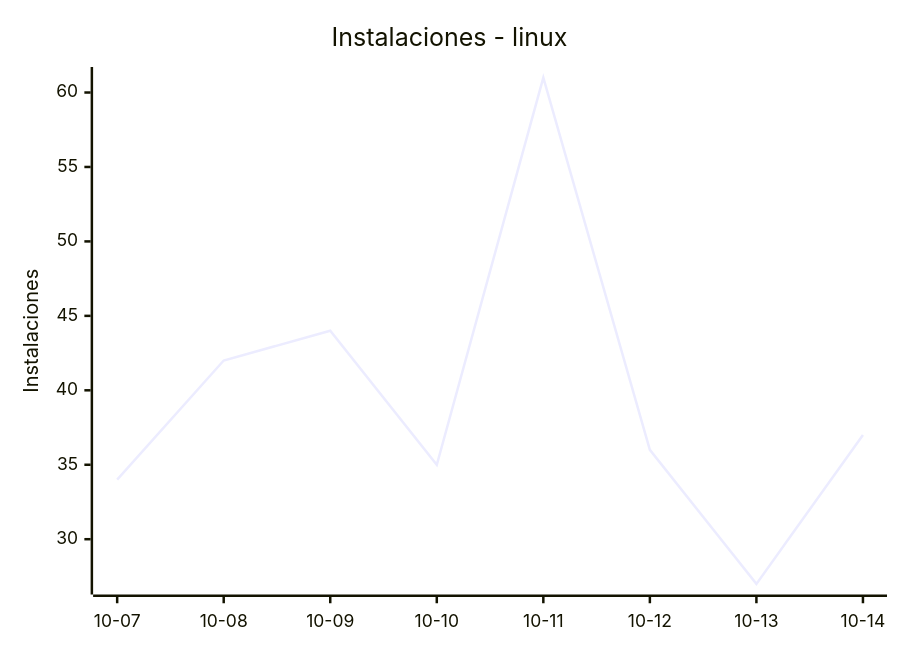
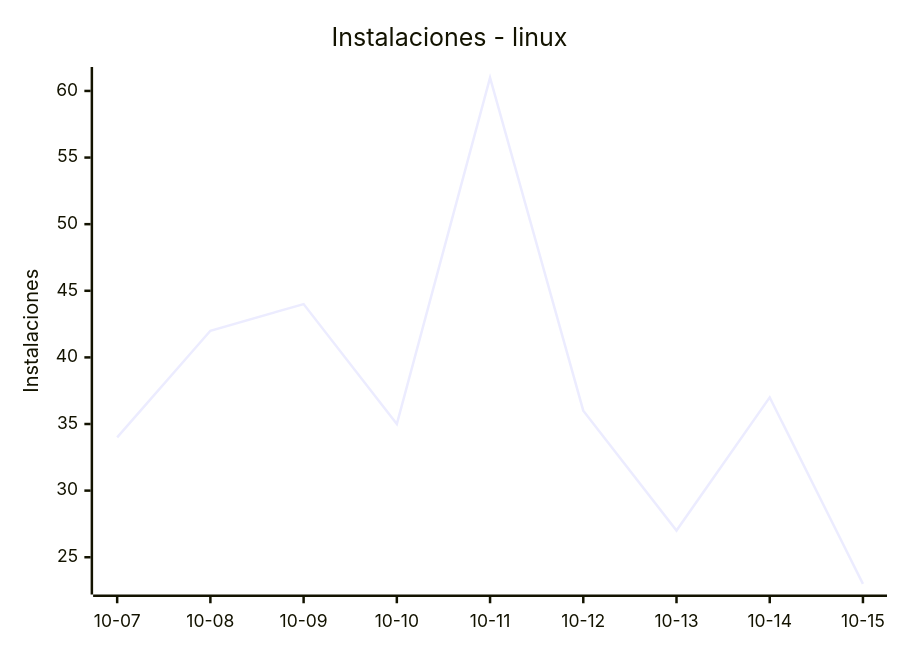
Before and after one commit to EmuDeck/stats: the fourth of 8 diagrams in README.md, drawn with Mermaid. The commit also changed other lines of this file and 2 other files, not shown here.

````diff
--- a/README.md
+++ b/README.md
@@ -52,7 +52,7 @@
 ```mermaid
 xychart-beta
     title "Instalaciones - linux"
-    x-axis ["10-07", "10-08", "10-09", "10-10", "10-11", "10-12", "10-13", "10-14"]
+    x-axis ["10-07", "10-08", "10-09", "10-10", "10-11", "10-12", "10-13", "10-14", "10-15"]
     y-axis "Instalaciones"
-    line [34, 42, 44, 35, 61, 36, 27, 37]
+    line [34, 42, 44, 35, 61, 36, 27, 37, 23]
 ```
````
